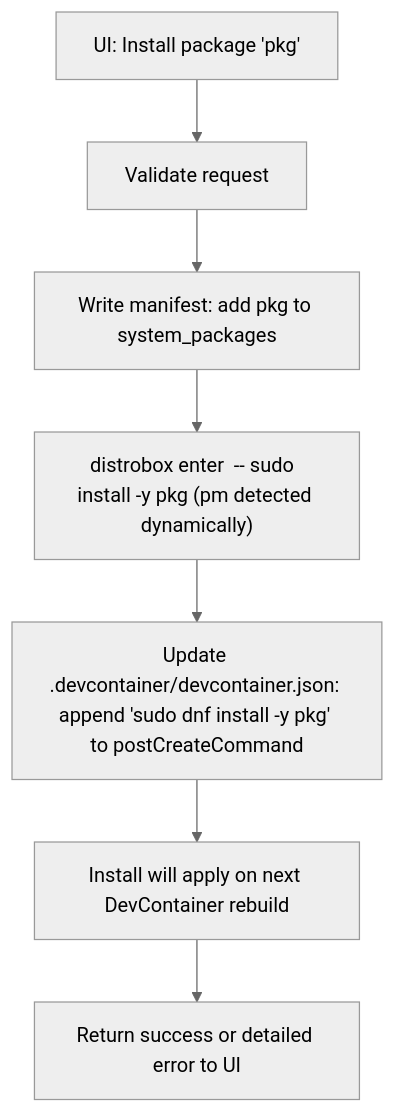
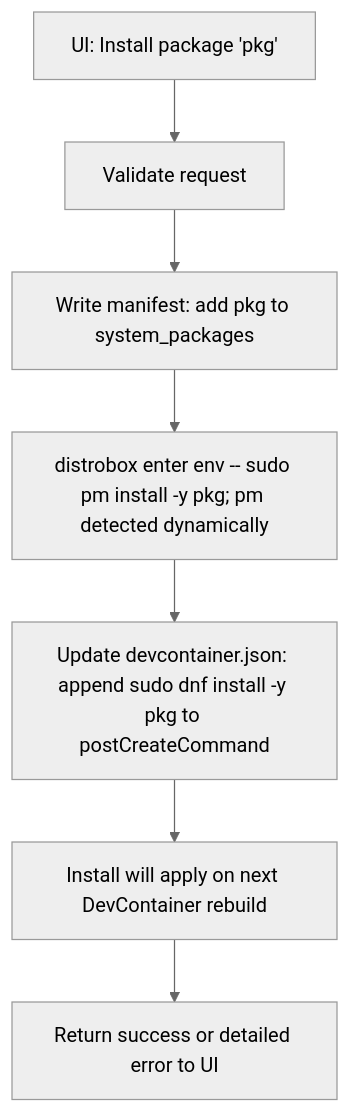
One commit to Kubaguette/bazzite-architect changed the third of 8 diagrams in ARCHITECTURE.md. Above: the diagram before and after it, drawn with Mermaid (neutral theme). The commit also changed other lines of this file, not shown here.

Commit message:
architecture.md updated with new chapter EnvShare

````diff
--- a/ARCHITECTURE.md
+++ b/ARCHITECTURE.md
@@ -226,9 +331,9 @@
 ```mermaid
 flowchart TD
   A["UI: Install package 'pkg'"] --> B[Validate request]
   B --> C[Write manifest: add pkg to system_packages]
-  C --> D["distrobox enter <env> -- sudo <pm> install -y pkg (pm detected dynamically)"]
-  D --> E["Update .devcontainer/devcontainer.json: append 'sudo dnf install -y pkg' to postCreateCommand"]
+  C --> D["distrobox enter env -- sudo pm install -y pkg; pm detected dynamically"]
+  D --> E["Update devcontainer.json: append sudo dnf install -y pkg to postCreateCommand"]
   E --> F[Install will apply on next DevContainer rebuild]
   F --> G[Return success or detailed error to UI]
 ```
````
